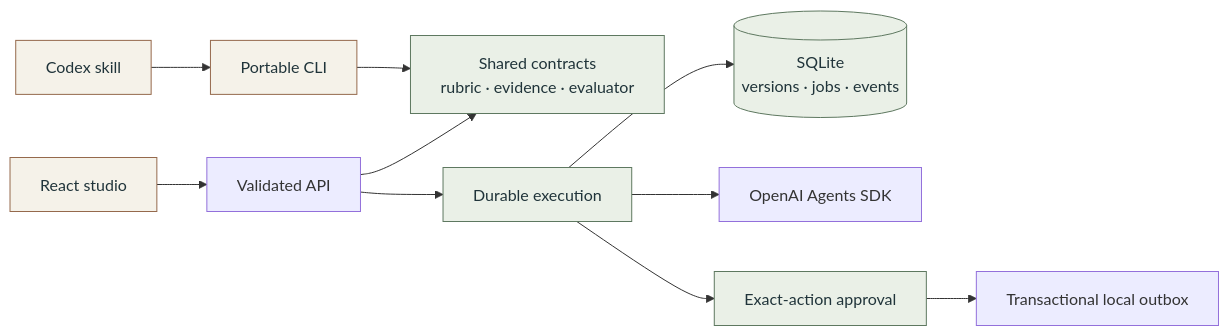
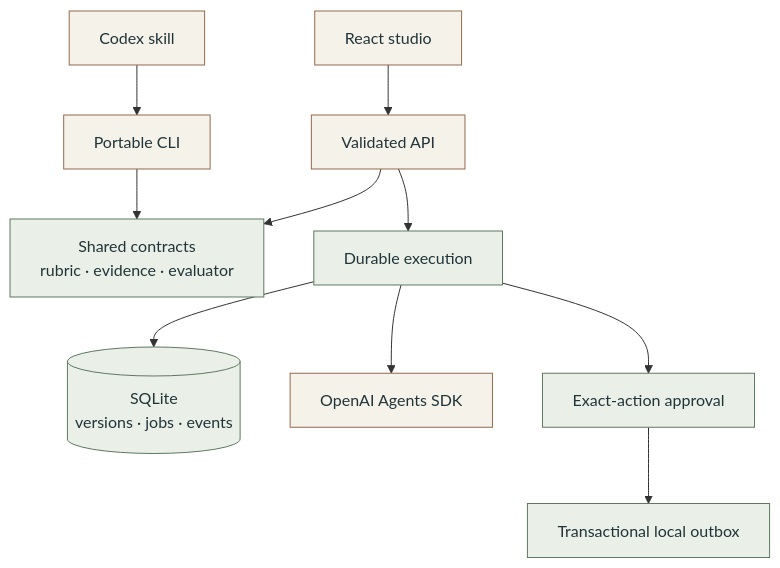
The diagram in README.md (RedLynx101/Promethean), drawn with Mermaid before and after one commit. The commit also changed 1 other file, not shown here.

Commit message:
docs: fit the architecture diagram to the GitHub README

````diff
--- a/README.md
+++ b/README.md
@@ -106,16 +106,16 @@
 ```mermaid
-flowchart LR
+flowchart TB
   Studio[React studio] --> API[Validated API]
   Codex[Codex skill] --> CLI[Portable CLI]
   CLI --> Core[Shared contracts<br/>rubric · evidence · evaluator]
   API --> Core
   API --> Runtime[Durable execution]
   Runtime --> DB[(SQLite<br/>versions · jobs · events)]
   Runtime --> Agents[OpenAI Agents SDK]
   Runtime --> Approval[Exact-action approval]
   Approval --> Outbox[Transactional local outbox]
   classDef interface fill:#f5f2e9,stroke:#95694c,color:#20343a
   classDef engine fill:#eaf0e7,stroke:#5e7860,color:#20343a
-  class Studio,Codex,CLI interface
-  class Core,Runtime,DB,Approval engine
+  class Studio,Codex,CLI,API,Agents interface
+  class Core,Runtime,DB,Approval,Outbox engine
 ```
````
